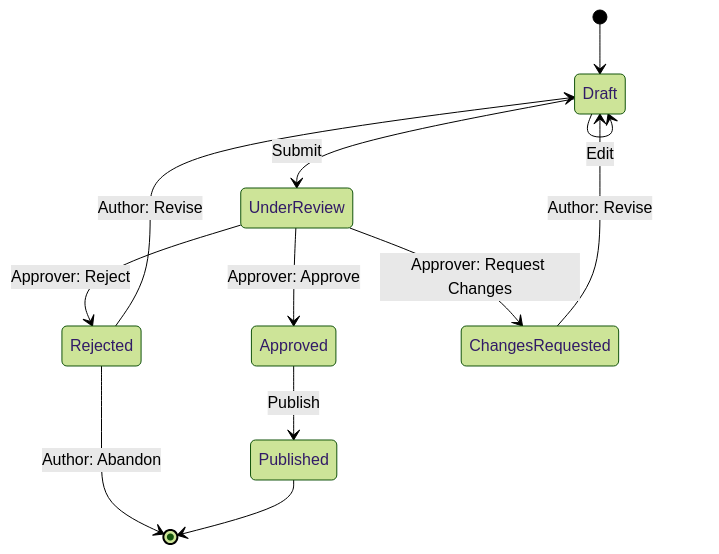
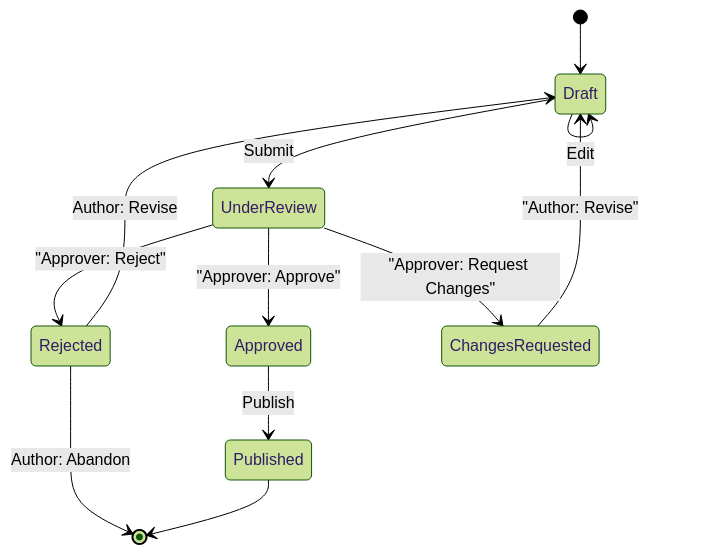
One commit to steeltroops-ai/smart-office changed diagram 21 of 29 in docs/01-design-and-approach.md. Above: the diagram before and after it, drawn with Mermaid (forest theme). The commit also changed other lines of this file, not shown here.

````diff
--- a/docs/01-design-and-approach.md
+++ b/docs/01-design-and-approach.md
@@ -789,19 +789,19 @@
 ```mermaid
 stateDiagram-v2
     [*] --> Draft
 
     Draft --> UnderReview : Submit
     Draft --> Draft : Edit
 
-    UnderReview --> Approved : Approver: Approve
-    UnderReview --> Rejected : Approver: Reject
-    UnderReview --> ChangesRequested : Approver: Request Changes
+    UnderReview --> Approved : "Approver: Approve"
+    UnderReview --> Rejected : "Approver: Reject"
+    UnderReview --> ChangesRequested : "Approver: Request Changes"
 
-    ChangesRequested --> Draft : Author: Revise
+    ChangesRequested --> Draft : "Author: Revise"
 
     Rejected --> Draft : Author: Revise
     Rejected --> [*] : Author: Abandon
 
     Approved --> Published : Publish
     Published --> [*]
 ```
````
